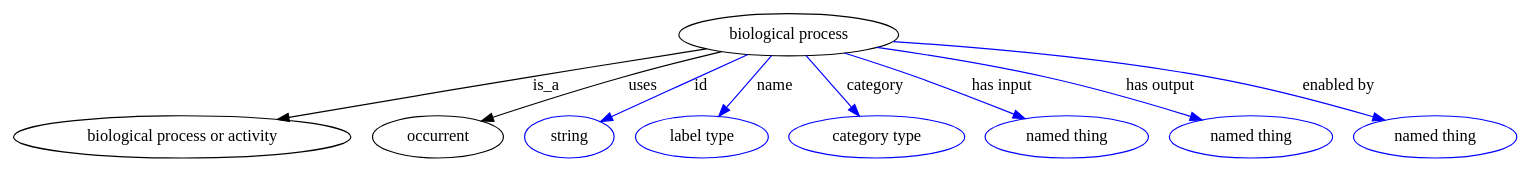
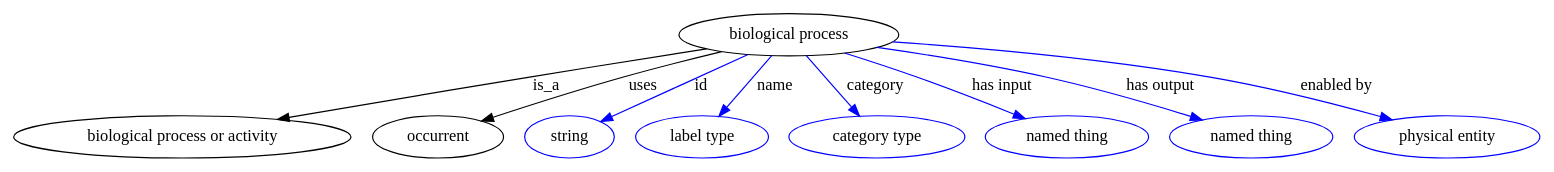
One commit to biolink/biolink-model changed the diagram in graphviz/biological_process.gv. Above: the diagram before and after it, drawn with Graphviz. The commit also changed 14 other files, not shown here.

```diff
--- a/graphviz/biological_process.gv
+++ b/graphviz/biological_process.gv
@@ -1,80 +1,80 @@
 digraph {
-	graph [bb="0,0,1040.3,123"];
+	graph [bb="0,0,1055.5,123"];
 	node [label="\N"];
 	"biological process"	 [height=0.5,
 		label="biological process",
 		pos="536.09,105",
 		width=2.0762];
 	"biological process or activity"	 [height=0.5,
 		pos="113.09,18",
 		width=3.1414];
 	"biological process" -> "biological process or activity"	 [label=is_a,
 		lp="367.09,61.5",
 		pos="e,181.14,32.462 478.1,93.547 442.81,86.541 396.83,77.349 356.09,69 300.9,57.689 238.72,44.633 191.08,34.563"];
 	occurrent	 [height=0.5,
 		pos="288.09,18",
 		width=1.2277];
 	"biological process" -> occurrent	 [label=uses,
 		lp="434.09,61.5",
 		pos="e,319.85,30.681 489.3,90.892 468.61,84.483 444.05,76.637 422.09,69 390.68,58.074 355.56,44.663 329.16,34.336"];
 	id	 [color=blue,
 		height=0.5,
 		label=string,
 		pos="381.09,18",
 		width=0.84854];
 	"biological process" -> id	 [color=blue,
 		label=id,
 		lp="473.59,61.5",
 		pos="e,403.47,30.561 506.57,88.431 479.58,73.283 439.79,50.95 412.29,35.512",
 		style=solid];
 	name	 [color=blue,
 		height=0.5,
 		label="label type",
 		pos="475.09,18",
 		width=1.2638];
 	"biological process" -> name	 [color=blue,
 		label=name,
 		lp="525.59,61.5",
 		pos="e,487.3,35.41 523.45,86.974 514.67,74.444 502.83,57.56 493.06,43.633",
 		style=solid];
 	category	 [color=blue,
 		height=0.5,
 		label="category type",
 		pos="597.09,18",
 		width=1.6249];
 	"biological process" -> category	 [color=blue,
 		label=category,
 		lp="594.59,61.5",
 		pos="e,584.68,35.706 548.73,86.974 557.46,74.526 569.2,57.782 578.92,43.909",
 		style=solid];
 	"has input"	 [color=blue,
 		height=0.5,
 		label="named thing",
 		pos="729.09,18",
 		width=1.5346];
 	"biological process" -> "has input"	 [color=blue,
 		label="has input",
 		lp="680.09,61.5",
 		pos="e,698.37,33.127 574.36,89.444 589.32,83.243 606.58,75.939 622.09,69 644.47,58.99 669.19,47.252 689.23,37.562",
 		style=solid];
 	"has output"	 [color=blue,
 		height=0.5,
 		label="named thing",
 		pos="857.09,18",
 		width=1.5346];
 	"biological process" -> "has output"	 [color=blue,
 		label="has output",
 		lp="783.59,61.5",
 		pos="e,821.3,31.763 596.59,94.359 630,87.995 672.12,79.173 709.09,69 744.05,59.381 782.77,45.936 811.83,35.265",
 		style=solid];
 	"enabled by"	 [color=blue,
 		height=0.5,
-		label="named thing",
-		pos="985.09,18",
-		width=1.5346];
+		label="physical entity",
+		pos="993.09,18",
+		width=1.7332];
 	"biological process" -> "enabled by"	 [color=blue,
 		label="enabled by",
-		lp="903.09,61.5",
-		pos="e,947.63,31.254 606.83,99.165 663.77,93.688 745.63,84.052 816.09,69 857.96,60.054 904.46,45.683 938.07,34.473",
+		lp="906.09,61.5",
+		pos="e,952.05,31.759 606.78,98.924 663.69,93.312 745.54,83.61 816.09,69 859.31,60.049 907.38,45.925 942.5,34.808",
 		style=solid];
 }
```
